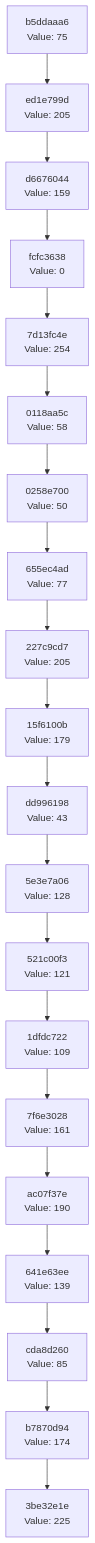
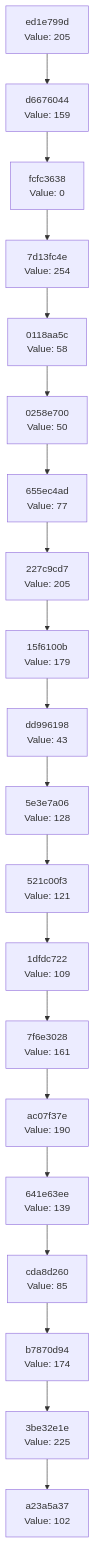
The diagram in docs/CHAIN_VISUALIZATION.md (Abhisheksinha1506/hash-chain-evolver), drawn with Mermaid before and after one commit. The commit also changed 3 other files, not shown here.

````diff
--- a/docs/CHAIN_VISUALIZATION.md
+++ b/docs/CHAIN_VISUALIZATION.md
@@ -3,42 +3,42 @@
 ```mermaid
 graph TD
-    C0["3be32e1e<br/>Value: 225"]
-    C1["b7870d94<br/>Value: 174"]
+    C0["a23a5a37<br/>Value: 102"]
+    C1["3be32e1e<br/>Value: 225"]
     C1 --> C0
-    C2["cda8d260<br/>Value: 85"]
+    C2["b7870d94<br/>Value: 174"]
     C2 --> C1
-    C3["641e63ee<br/>Value: 139"]
+    C3["cda8d260<br/>Value: 85"]
     C3 --> C2
-    C4["ac07f37e<br/>Value: 190"]
+    C4["641e63ee<br/>Value: 139"]
     C4 --> C3
-    C5["7f6e3028<br/>Value: 161"]
+    C5["ac07f37e<br/>Value: 190"]
     C5 --> C4
-    C6["1dfdc722<br/>Value: 109"]
+    C6["7f6e3028<br/>Value: 161"]
     C6 --> C5
-    C7["521c00f3<br/>Value: 121"]
+    C7["1dfdc722<br/>Value: 109"]
     C7 --> C6
-    C8["5e3e7a06<br/>Value: 128"]
+    C8["521c00f3<br/>Value: 121"]
     C8 --> C7
-    C9["dd996198<br/>Value: 43"]
+    C9["5e3e7a06<br/>Value: 128"]
     C9 --> C8
-    C10["15f6100b<br/>Value: 179"]
+    C10["dd996198<br/>Value: 43"]
     C10 --> C9
-    C11["227c9cd7<br/>Value: 205"]
+    C11["15f6100b<br/>Value: 179"]
     C11 --> C10
-    C12["655ec4ad<br/>Value: 77"]
+    C12["227c9cd7<br/>Value: 205"]
     C12 --> C11
-    C13["0258e700<br/>Value: 50"]
+    C13["655ec4ad<br/>Value: 77"]
     C13 --> C12
-    C14["0118aa5c<br/>Value: 58"]
+    C14["0258e700<br/>Value: 50"]
     C14 --> C13
-    C15["7d13fc4e<br/>Value: 254"]
+    C15["0118aa5c<br/>Value: 58"]
     C15 --> C14
-    C16["fcfc3638<br/>Value: 0"]
+    C16["7d13fc4e<br/>Value: 254"]
     C16 --> C15
-    C17["d6676044<br/>Value: 159"]
+    C17["fcfc3638<br/>Value: 0"]
     C17 --> C16
-    C18["ed1e799d<br/>Value: 205"]
+    C18["d6676044<br/>Value: 159"]
     C18 --> C17
-    C19["b5ddaaa6<br/>Value: 75"]
+    C19["ed1e799d<br/>Value: 205"]
     C19 --> C18
 ```
````
